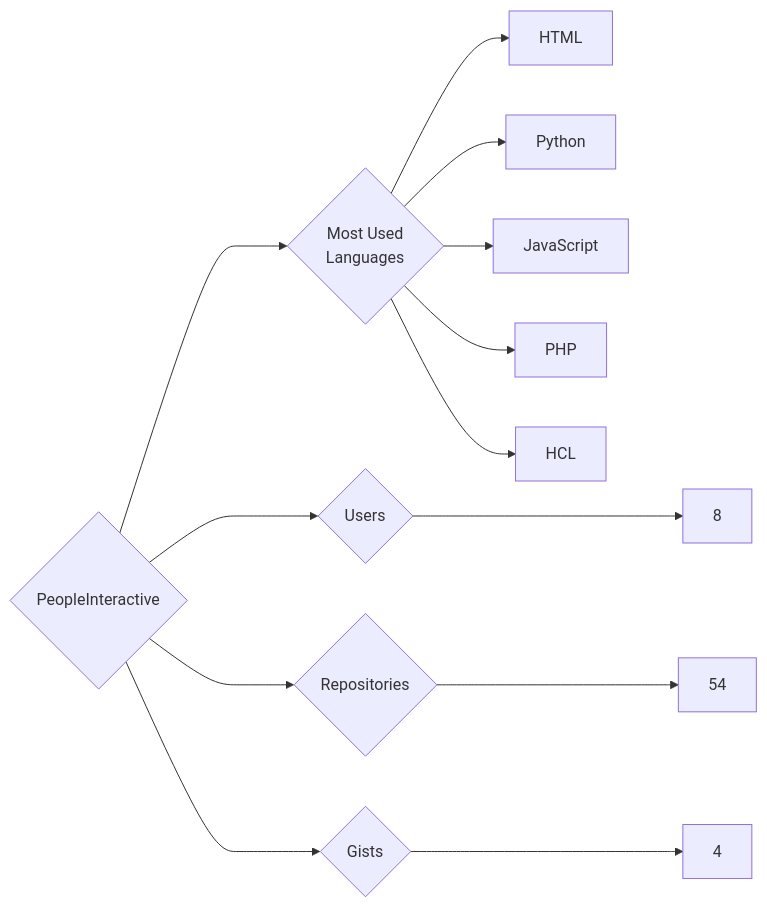
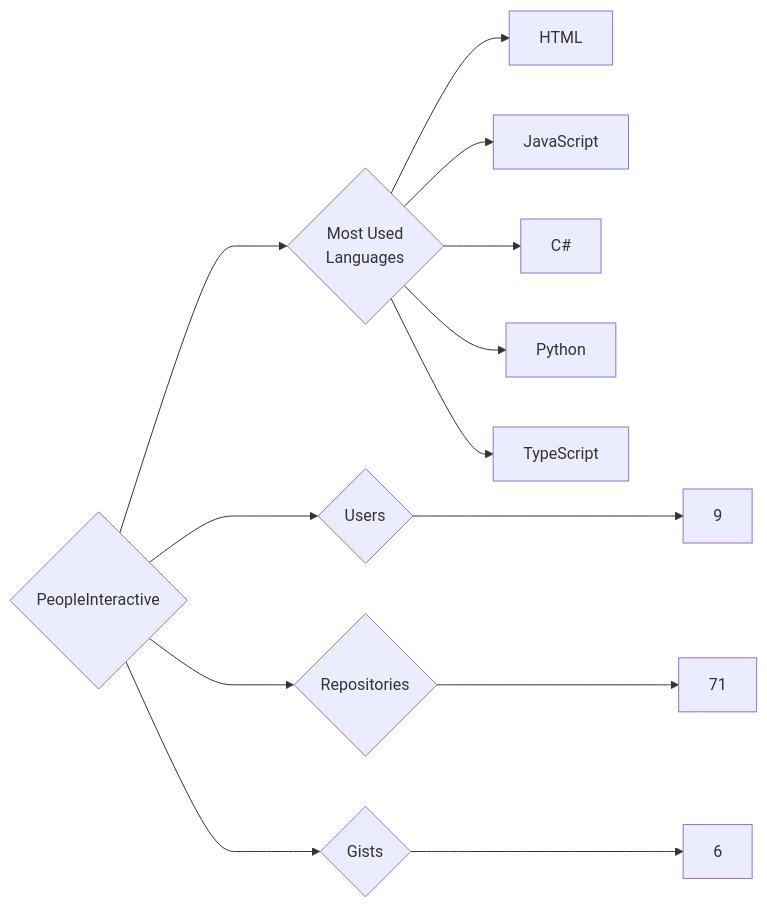
Before and after one commit to trickest/insiders: the diagram in targets/PeopleInteractive/README.md, drawn with Mermaid. The commit also changed 886 other files, not shown here.

````diff
--- a/targets/PeopleInteractive/README.md
+++ b/targets/PeopleInteractive/README.md
@@ -3,13 +3,13 @@
 ```mermaid
 graph LR
 COMPANY_NAME{PeopleInteractive}
-COMPANY_NAME ---> U{Users} ---> UN[8]
-COMPANY_NAME ---> R{Repositories} ---> RN[54]
-COMPANY_NAME ---> G{Gists} ---> GN[4]
+COMPANY_NAME ---> U{Users} ---> UN[9]
+COMPANY_NAME ---> R{Repositories} ---> RN[71]
+COMPANY_NAME ---> G{Gists} ---> GN[6]
 COMPANY_NAME ---> ML{Most Used<br>Languages}
 ML --> HTML[HTML]
+ML --> JavaScript[JavaScript]
+ML --> C#[C#]
 ML --> Python[Python]
-ML --> JavaScript[JavaScript]
-ML --> PHP[PHP]
-ML --> HCL[HCL]
+ML --> TypeScript[TypeScript]
 ```
````
